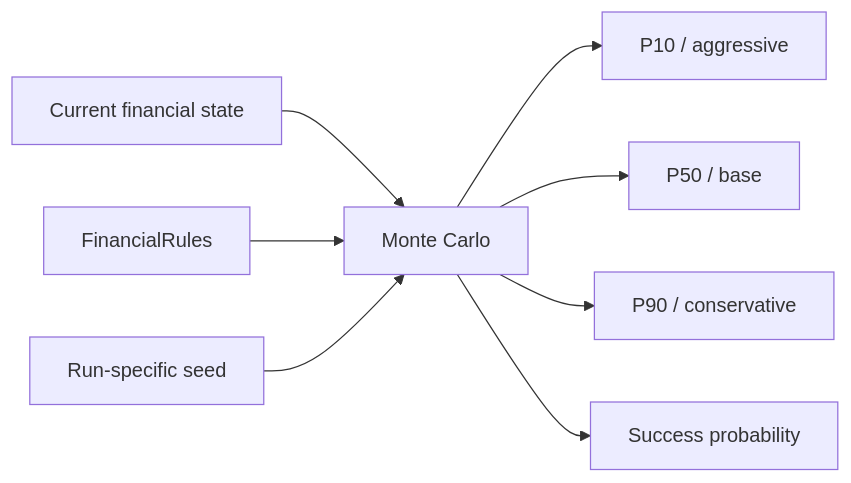
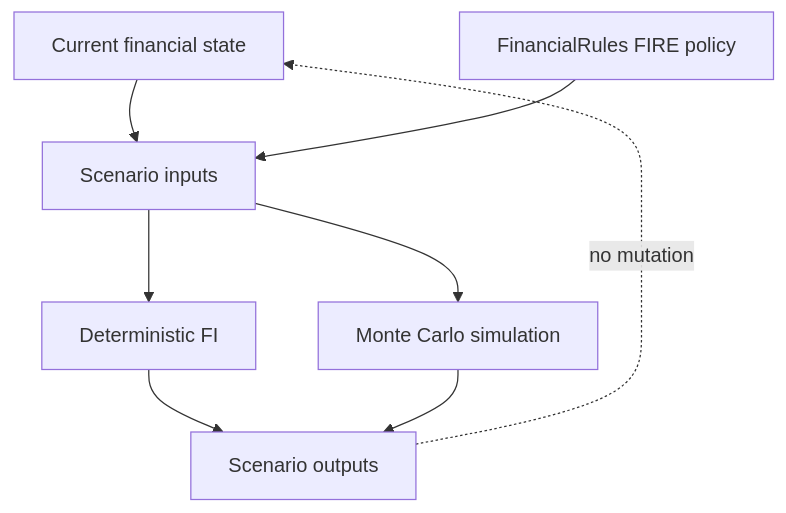
Before and after one commit to tks18/personal-finance-etl: the ninth of 9 diagrams in docs/architecture/data-model.md, drawn with Mermaid. The commit also changed other lines of this file and 10 other files, not shown here.

Commit message:
docs: update docs/architecture for latest version

````diff
--- a/docs/architecture/data-model.md
+++ b/docs/architecture/data-model.md
@@ -398,10 +322,10 @@
 ```mermaid
-flowchart LR
-    STATE[Current financial state] --> MC[Monte Carlo]
-    RULES[FinancialRules] --> MC
-    SEED[Run-specific seed] --> MC
-    MC --> P10[P10 / aggressive]
-    MC --> P50[P50 / base]
-    MC --> P90[P90 / conservative]
-    MC --> PROB[Success probability]
+flowchart TB
+    WEALTH[Current financial state] --> INPUT[Scenario inputs]
+    RULES[FinancialRules FIRE policy] --> INPUT
+    INPUT --> DET[Deterministic FI]
+    INPUT --> MC[Monte Carlo simulation]
+    DET --> RESULTS[Scenario outputs]
+    MC --> RESULTS
+    RESULTS -. no mutation .-> WEALTH
 ```
````
